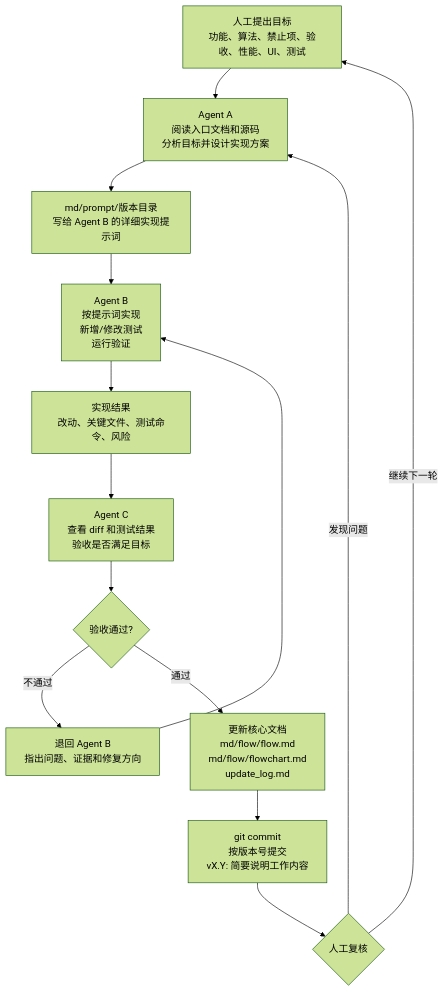
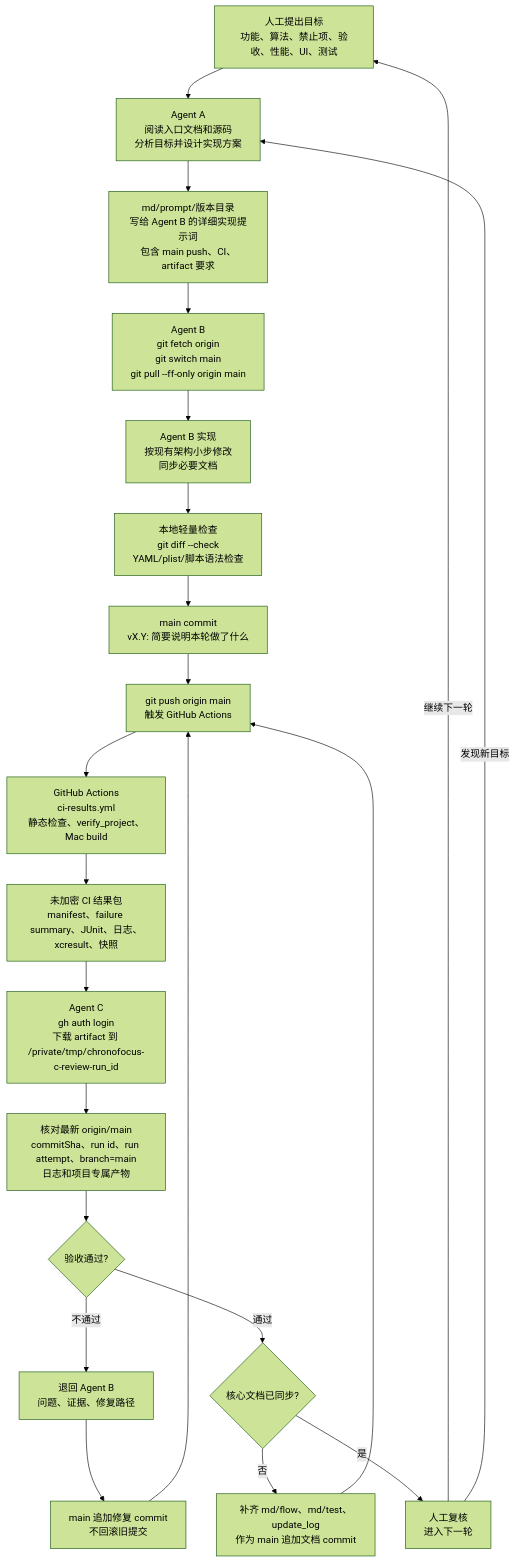
One commit to Altman-sam114/114 changed the fifth of 5 diagrams in md/flow/flowchart.md. Above: the diagram before and after it, drawn with Mermaid (forest theme). The commit also changed other lines of this file and 7 other files, not shown here.

````diff
--- a/md/flow/flowchart.md
+++ b/md/flow/flowchart.md
@@ -97,16 +97,24 @@
 ```mermaid
 flowchart TD
   H["人工提出目标<br/>功能、算法、禁止项、验收、性能、UI、测试"] --> A["Agent A<br/>阅读入口文档和源码<br/>分析目标并设计实现方案"]
-  A --> P["md/prompt/版本目录<br/>写给 Agent B 的详细实现提示词"]
-  P --> B["Agent B<br/>按提示词实现<br/>新增/修改测试<br/>运行验证"]
-  B --> R["实现结果<br/>改动、关键文件、测试命令、风险"]
-  R --> C["Agent C<br/>查看 diff 和测试结果<br/>验收是否满足目标"]
-  C --> PASS{"验收通过?"}
-  PASS -->|不通过| BACK["退回 Agent B<br/>指出问题、证据和修复方向"]
-  BACK --> B
-  PASS -->|通过| F["更新核心文档<br/>md/flow/flow.md<br/>md/flow/flowchart.md<br/>update_log.md"]
-  F --> G["git commit<br/>按版本号提交<br/>vX.Y: 简要说明工作内容"]
-  G --> J{"人工复核"}
+  A --> P["md/prompt/版本目录<br/>写给 Agent B 的详细实现提示词<br/>包含 main push、CI、artifact 要求"]
+  P --> B0["Agent B<br/>git fetch origin<br/>git switch main<br/>git pull --ff-only origin main"]
+  B0 --> B1["Agent B 实现<br/>按现有架构小步修改<br/>同步必要文档"]
+  B1 --> L["本地轻量检查<br/>git diff --check<br/>YAML/plist/脚本语法检查"]
+  L --> G["main commit<br/>vX.Y: 简要说明本轮做了什么"]
+  G --> PUSH["git push origin main<br/>触发 GitHub Actions"]
+  PUSH --> CI["GitHub Actions<br/>ci-results.yml<br/>静态检查、verify_project、Mac build"]
+  CI --> ART["未加密 CI 结果包<br/>manifest、failure summary、JUnit、日志、xcresult、快照"]
+  ART --> C["Agent C<br/>gh auth login<br/>下载 artifact 到 /private/tmp/chronofocus-c-review-run_id"]
+  C --> V["核对最新 origin/main<br/>commitSha、run id、run attempt、branch=main<br/>日志和项目专属产物"]
+  V --> PASS{"验收通过?"}
+  PASS -->|不通过| BACK["退回 Agent B<br/>问题、证据、修复路径"]
+  BACK --> FIX["main 追加修复 commit<br/>不回滚旧提交"]
+  FIX --> PUSH
+  PASS -->|通过| DOC{"核心文档已同步?"}
+  DOC -->|否| D["补齐 md/flow、md/test、update_log<br/>作为 main 追加文档 commit"]
+  D --> PUSH
+  DOC -->|是| J["人工复核<br/>进入下一轮"]
   J -->|继续下一轮| H
-  J -->|发现问题| A
+  J -->|发现新目标| A
 ```
````
